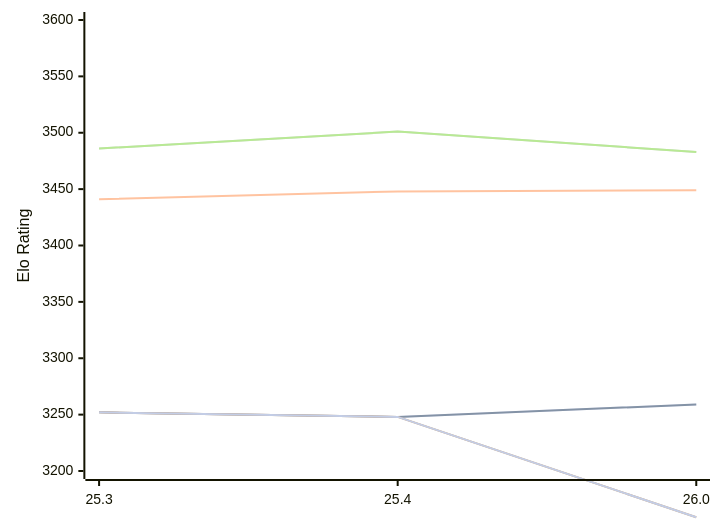
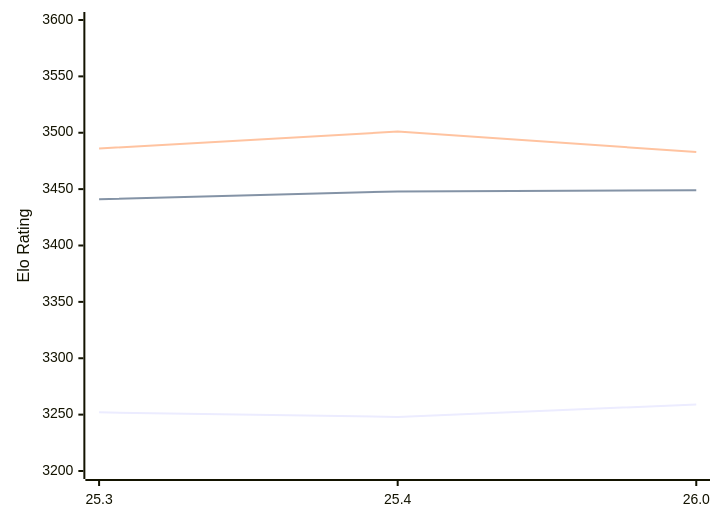
Before and after one commit to computer-chess-index/cci: the diagram in engines/Arasan.md, drawn with Mermaid. The commit also changed other lines of this file, not shown here.

````diff
--- a/engines/Arasan.md
+++ b/engines/Arasan.md
@@ -49,13 +49,9 @@
 ```mermaid
 %%{init: {"theme":"base","themeVariables":{"seriesColors:['#a3a3a3','#222221','#faa371']}}}%%
 xychart-beta
   x-axis ["25.3", "25.4", "26.0"]
   y-axis "Elo Rating" 3200 --> 3600
-  line "" [3252, 3248, 3259]
   line "T1: STC (8.0+0.08s)" [3252, 3248, 3259]
   line "T1: LTC (60.0+0.60s)" [3441, 3448, 3449]
-  line "" [3486, 3501, 3483]
   line "T1: VLTC (2m24s+1.12s)" [3486, 3501, 3483]
-  line "" [3252, 3248,3159]
-  line "E1: STC (8.0+0.08s)" [3252, 3248,3159]
 ```
````
